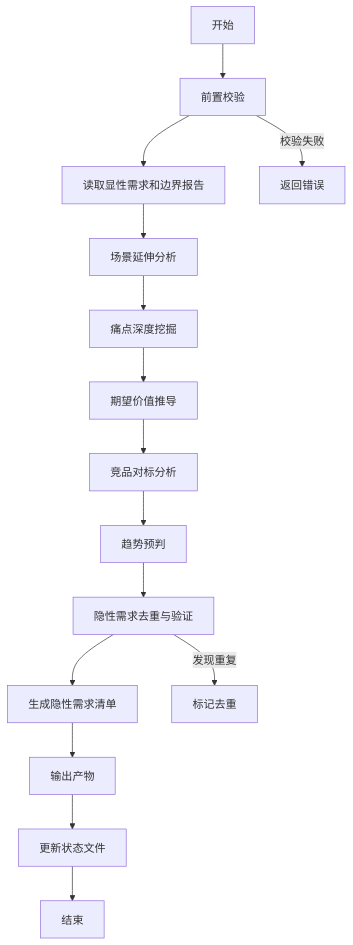
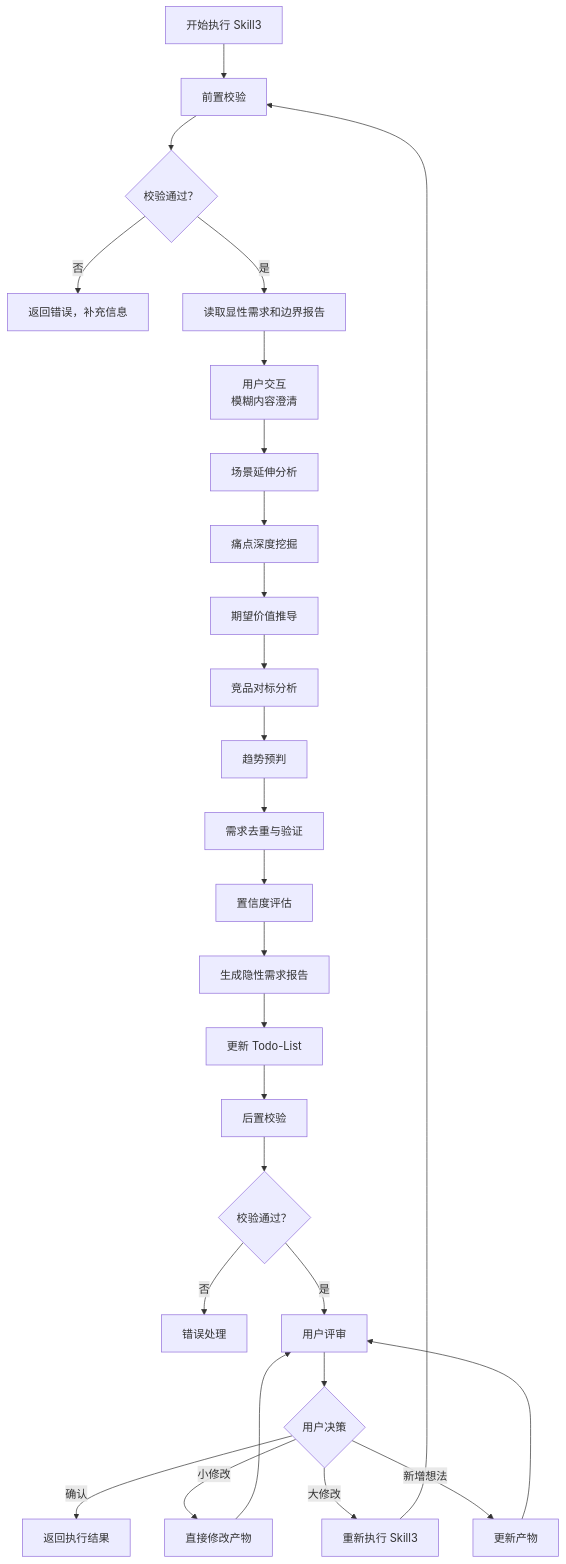
The diagram in skills/s1-requirements/skill3-implicit/SKILL.md (HeartFlying/swf), drawn with Mermaid before and after one commit. The commit also changed other lines of this file and 39 other files, not shown here.

````diff
--- a/skills/s1-requirements/skill3-implicit/SKILL.md
+++ b/skills/s1-requirements/skill3-implicit/SKILL.md
@@ -64,18 +190,29 @@
 ```mermaid
 flowchart TD
-    A[开始] --> B[前置校验]
-    B --> C[读取显性需求和边界报告]
-    C --> D[场景延伸分析]
-    D --> E[痛点深度挖掘]
-    E --> F[期望价值推导]
-    F --> G[竞品对标分析]
-    G --> H[趋势预判]
-    H --> I[隐性需求去重与验证]
-    I --> J[生成隐性需求清单]
-    J --> K[输出产物]
-    K --> L[更新状态文件]
-    L --> M[结束]
-    
-    B -->|校验失败 | N[返回错误]
-    I -->|发现重复 | O[标记去重]
+    Start[开始执行 Skill3] --> PreCheck[前置校验]
+    PreCheck --> CheckResult{校验通过？}
+    CheckResult -->|否 | Error[返回错误，补充信息]
+    CheckResult -->|是 | Read[读取显性需求和边界报告]
+    Read --> Interact[用户交互<br/>模糊内容澄清]
+    Interact --> Scenario[场景延伸分析]
+    Scenario --> PainPoint[痛点深度挖掘]
+    PainPoint --> Value[期望价值推导]
+    Value --> Competitive[竞品对标分析]
+    Competitive --> Trend[趋势预判]
+    Trend --> Dedup[需求去重与验证]
+    Dedup --> Confidence[置信度评估]
+    Confidence --> GenReport[生成隐性需求报告]
+    GenReport --> UpdateTodo[更新 Todo-List]
+    UpdateTodo --> PostCheck[后置校验]
+    PostCheck --> PostCheckResult{校验通过？}
+    PostCheckResult -->|否 | HandleError[错误处理]
+    PostCheckResult -->|是 | Review[用户评审]
+    Review --> ReviewResult{用户决策}
+    ReviewResult -->|确认 | Return[返回执行结果]
+    ReviewResult -->|小修改 | Modify[直接修改产物]
+    ReviewResult -->|大修改 | ReExecute[重新执行 Skill3]
+    ReviewResult -->|新增想法 | Update[更新产物]
+    Modify --> Review
+    Update --> Review
+    ReExecute --> PreCheck
 ```
````
